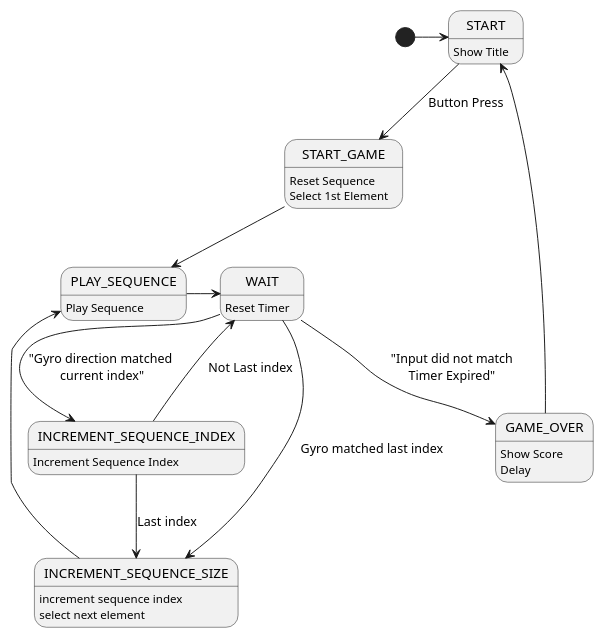
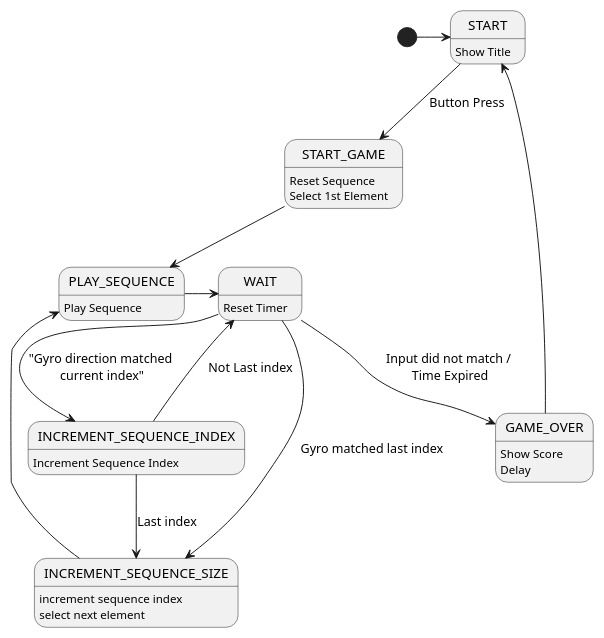
Before and after one commit to tnhabib/making_embedded_systems: the diagram in week4/gyroStateDiag.iuml, drawn with PlantUML.

```diff
--- a/week4/gyroStateDiag.iuml
+++ b/week4/gyroStateDiag.iuml
@@ -2,26 +2,26 @@
 @startuml
 scale 600 width
 
 [*] -> START
 START: Show Title
 START --> START_GAME : Button Press
 START_GAME: Reset Sequence
 START_GAME: Select 1st Element
 START_GAME --> PLAY_SEQUENCE
 PLAY_SEQUENCE: Play Sequence
 PLAY_SEQUENCE-> WAIT
 WAIT: Reset Timer
-WAIT --> GAME_OVER : "Input did not match\nTimer Expired"
+WAIT --> GAME_OVER : Input did not match / \nTime Expired
 GAME_OVER: Show Score
 GAME_OVER: Delay
 GAME_OVER-> START
 WAIT-->INCREMENT_SEQUENCE_INDEX: "Gyro direction matched\n current index"
 WAIT-->INCREMENT_SEQUENCE_SIZE: Gyro matched last index
 INCREMENT_SEQUENCE_INDEX: Increment Sequence Index
 INCREMENT_SEQUENCE_INDEX-> WAIT: Not Last index
 INCREMENT_SEQUENCE_INDEX--> INCREMENT_SEQUENCE_SIZE: Last index
 INCREMENT_SEQUENCE_SIZE: increment sequence index
 INCREMENT_SEQUENCE_SIZE: select next element
 INCREMENT_SEQUENCE_SIZE-> PLAY_SEQUENCE
 
 @end_uml
```
